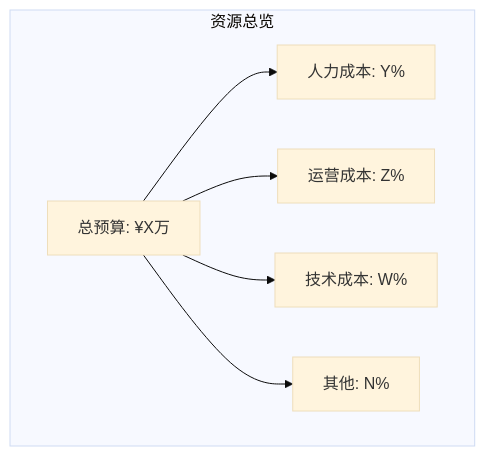
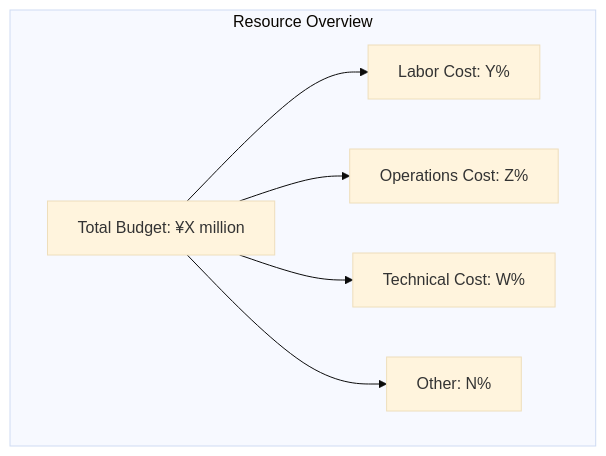
One commit to Kirky-X/cangjie changed the sixth of 9 diagrams in templates/产品/战略层/【模板】商业需求文档.md. Above: the diagram before and after it, drawn with Mermaid (base theme). The commit also changed other lines of this file and 60 other files, not shown here.

````diff
--- a/templates/产品/战略层/【模板】商业需求文档.md
+++ b/templates/产品/战略层/【模板】商业需求文档.md
@@ -260,9 +248,9 @@
 ```mermaid
 flowchart TD
-    subgraph 资源总览
-        H[总预算: ¥X万] --> I[人力成本: Y%]
-        H --> J[运营成本: Z%]
-        H --> K[技术成本: W%]
-        H --> L[其他: N%]
+    subgraph Resource Overview
+        H[Total Budget: ¥X million] --> I[Labor Cost: Y%]
+        H --> J[Operations Cost: Z%]
+        H --> K[Technical Cost: W%]
+        H --> L[Other: N%]
     end
 ```
````
